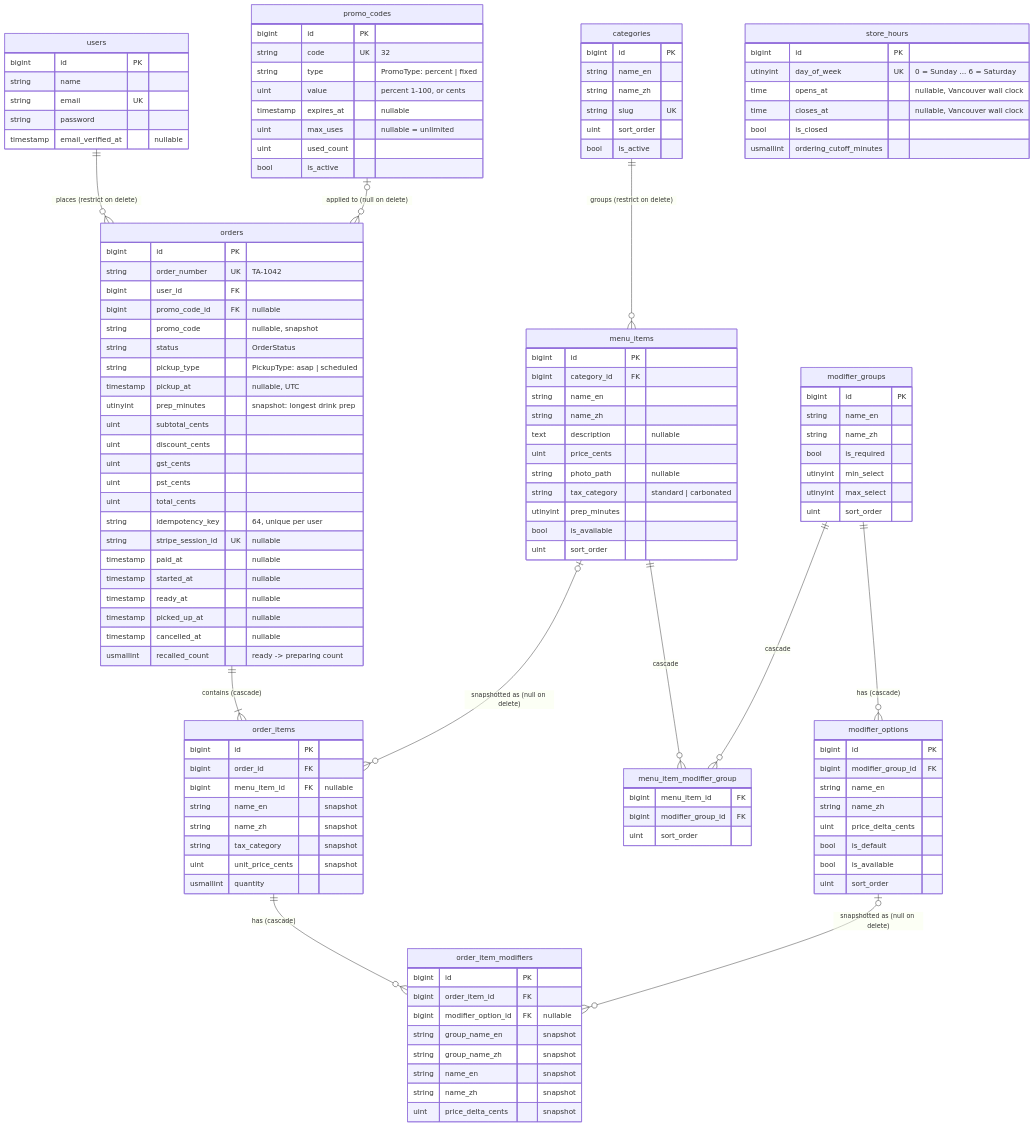
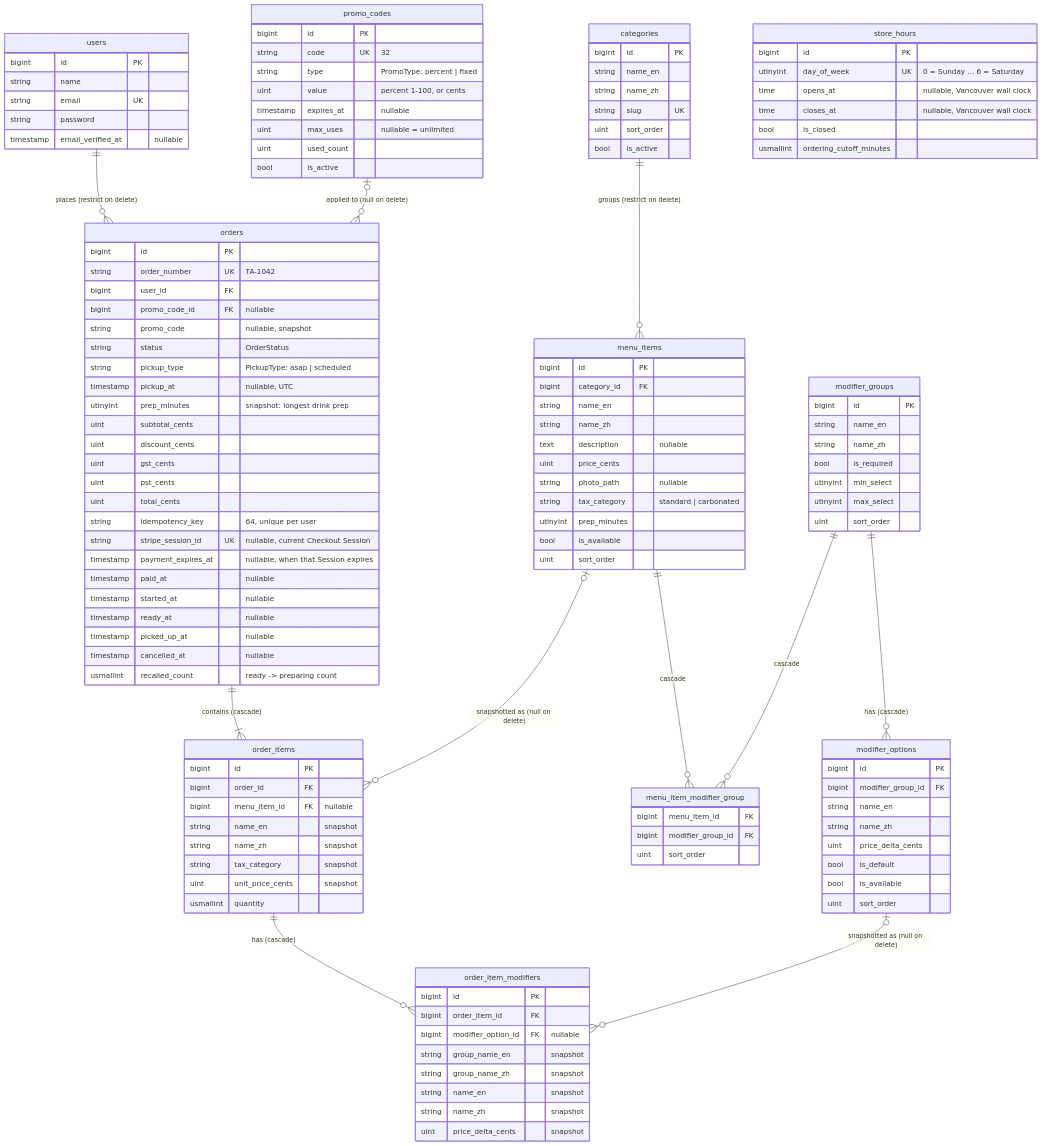
One commit to Jacky1366/tea-alley changed the diagram in docs/erd.md. Above: the diagram before and after it, drawn with Mermaid. The commit also changed 35 other files, not shown here.

First line of the commit message:
feat: replace the fake gateway with Stripe Checkout

```diff
--- a/docs/erd.md
+++ b/docs/erd.md
@@ -101,7 +101,8 @@
         uint pst_cents
         uint total_cents
         string idempotency_key "64, unique per user"
-        string stripe_session_id UK "nullable"
+        string stripe_session_id UK "nullable, current Checkout Session"
+        timestamp payment_expires_at "nullable, when that Session expires"
         timestamp paid_at "nullable"
         timestamp started_at "nullable"
         timestamp ready_at "nullable"
```
